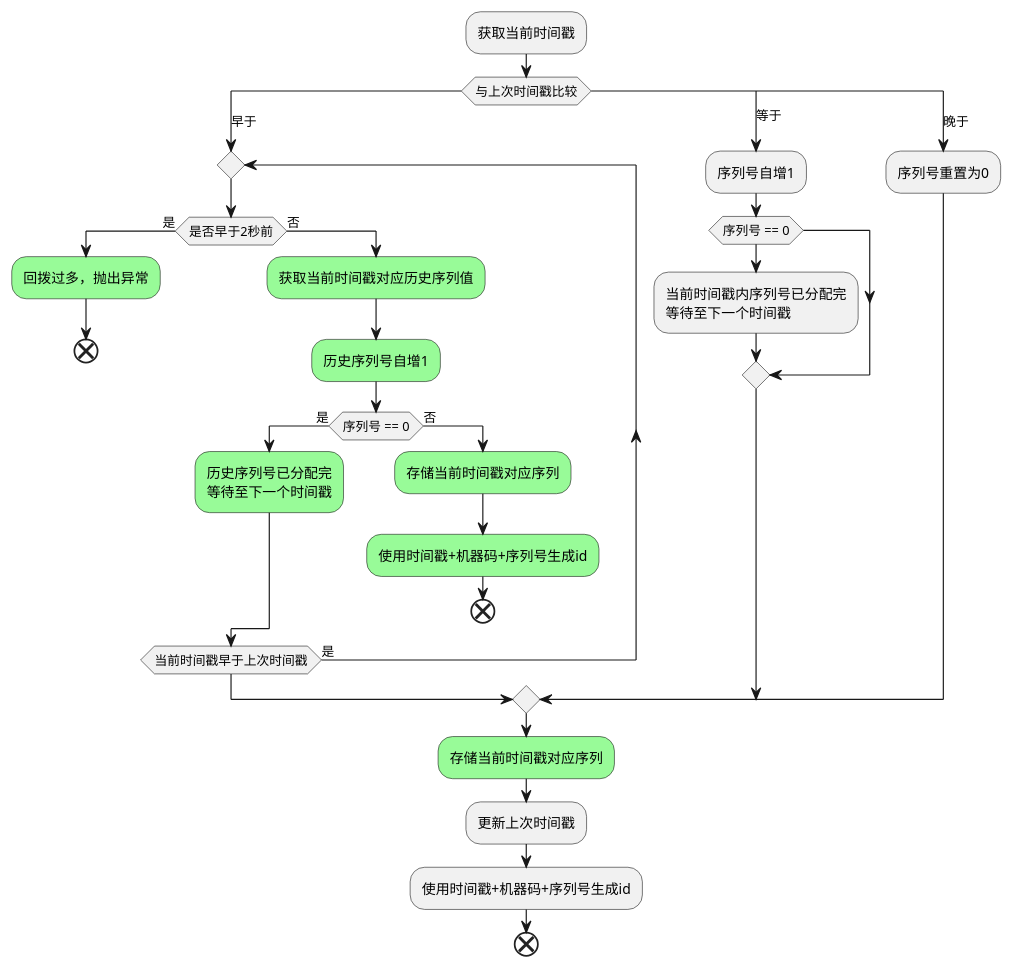
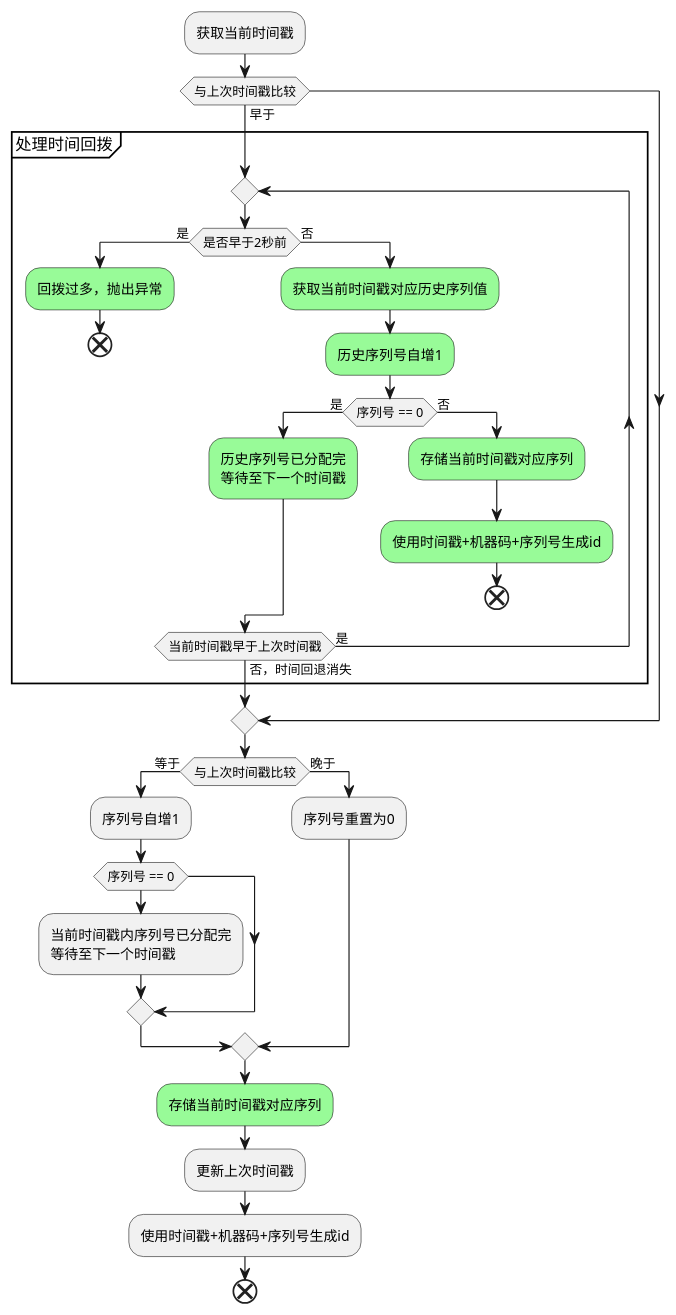
One commit to zeoly/Angular-Material-Translation-CN changed the second of 2 diagrams in Self/note/snowflake.adoc. Above: the diagram before and after it, drawn with PlantUML.

Commit message:
雪花方法

```diff
--- a/Self/note/snowflake.adoc
+++ b/Self/note/snowflake.adoc
@@ -46,36 +46,38 @@
 [plantuml]
 ----
 @startuml
 :获取当前时间戳;
-switch (与上次时间戳比较)
-case (早于)
+if (与上次时间戳比较) then (早于)
+partition 处理时间回拨 {
     repeat
         if (是否早于2秒前) then (是)
             #palegreen:回拨过多，抛出异常;
             end
         else (否)
             #palegreen:获取当前时间戳对应历史序列值;
             #palegreen:历史序列号自增1;
             if (序列号 == 0) then (是)
                 #palegreen:历史序列号已分配完\n等待至下一个时间戳;
             else (否)
                 #palegreen:存储当前时间戳对应序列;
                 #palegreen:使用时间戳+机器码+序列号生成id;
                 end
             endif
         endif
-    repeatwhile (当前时间戳早于上次时间戳) is (是)
-case (等于)
+    repeatwhile (当前时间戳早于上次时间戳) is (是) not (否，时间回退消失)
+}
+endif
+if (与上次时间戳比较) then (等于)
     :序列号自增1;
     if (序列号 == 0)
         :当前时间戳内序列号已分配完\n等待至下一个时间戳;
     endif
-case (晚于)
+else (晚于)
     :序列号重置为0;
-endswitch
+endif
 #palegreen:存储当前时间戳对应序列;
 :更新上次时间戳;
 :使用时间戳+机器码+序列号生成id;
 end
 @enduml
 ----
```
